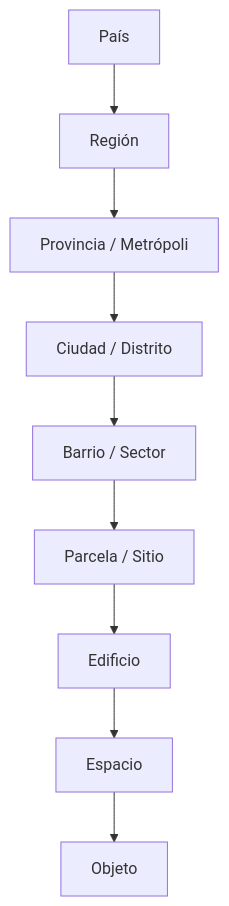
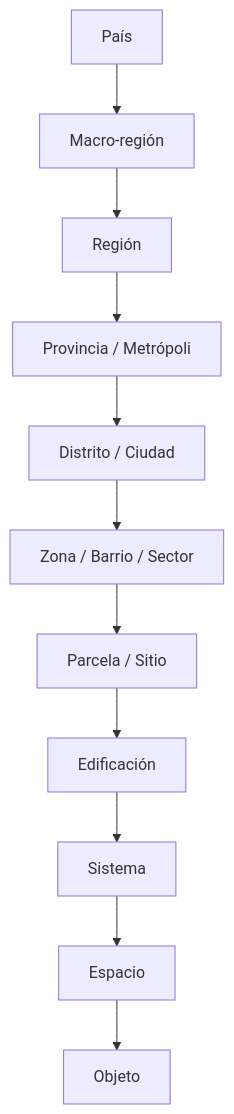
The first of 2 diagrams in docs/SIMS_DEI_MASTER_ARCHITECTURE_v2.2.md (YvanCastilloQuezada/sicl-core), drawn with Mermaid before and after one commit. The commit also changed other lines of this file and 7 other files, not shown here.

````diff
--- a/docs/SIMS_DEI_MASTER_ARCHITECTURE_v2.2.md
+++ b/docs/SIMS_DEI_MASTER_ARCHITECTURE_v2.2.md
@@ -123,11 +123,13 @@
 ```mermaid
 flowchart TD
-    A[País] --> B[Región]
-    B --> C[Provincia / Metrópoli]
-    C --> D[Ciudad / Distrito]
-    D --> E[Barrio / Sector]
-    E --> F[Parcela / Sitio]
-    F --> G[Edificio]
-    G --> H[Espacio]
-    H --> I[Objeto]
+    A[País] --> B[Macro-región]
+    B --> C[Región]
+    C --> D[Provincia / Metrópoli]
+    D --> E[Distrito / Ciudad]
+    E --> F[Zona / Barrio / Sector]
+    F --> G[Parcela / Sitio]
+    G --> H[Edificación]
+    H --> I[Sistema]
+    I --> J[Espacio]
+    J --> K[Objeto]
 ```
````
